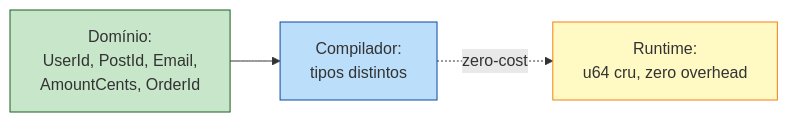
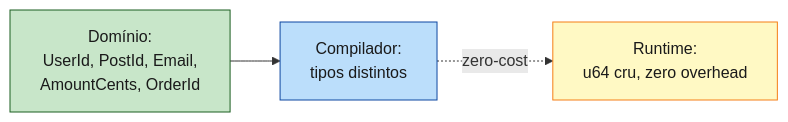
The diagram in book/part-15-patterns-and-idioms/ch41-newtype-builder-raii.md (Felipeness/ferro-e-espirito), drawn with Mermaid before and after one commit. The commit also changed 56 other files, not shown here.

First line of the commit message:
fix: contraste de texto em diagramas mermaid

````diff
--- a/book/part-15-patterns-and-idioms/ch41-newtype-builder-raii.md
+++ b/book/part-15-patterns-and-idioms/ch41-newtype-builder-raii.md
@@ -52,13 +52,13 @@
 ```mermaid
 graph LR
     Domain[Domínio:<br/>UserId, PostId, Email,<br/>AmountCents, OrderId]
     Compiler[Compilador:<br/>tipos distintos]
     Runtime[Runtime:<br/>u64 cru, zero overhead]
 
     Domain --> Compiler
     Compiler -.zero-cost.-> Runtime
 
-    style Domain fill:#c8e6c9,stroke:#1b5e20
-    style Compiler fill:#bbdefb,stroke:#0d47a1
-    style Runtime fill:#fff9c4,stroke:#f57f17
+    style Domain fill:#c8e6c9,stroke:#1b5e20,color:#1a1a1a
+    style Compiler fill:#bbdefb,stroke:#0d47a1,color:#1a1a1a
+    style Runtime fill:#fff9c4,stroke:#f57f17,color:#1a1a1a
 ```
````
